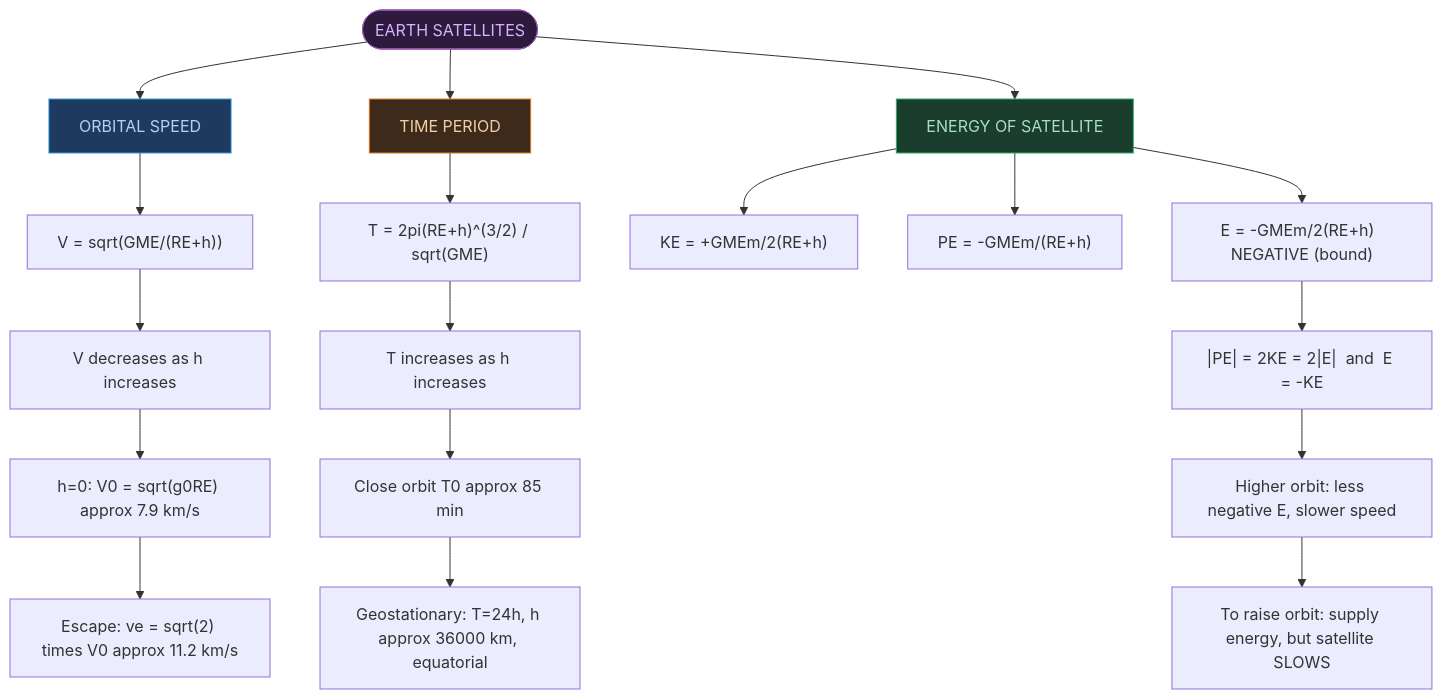
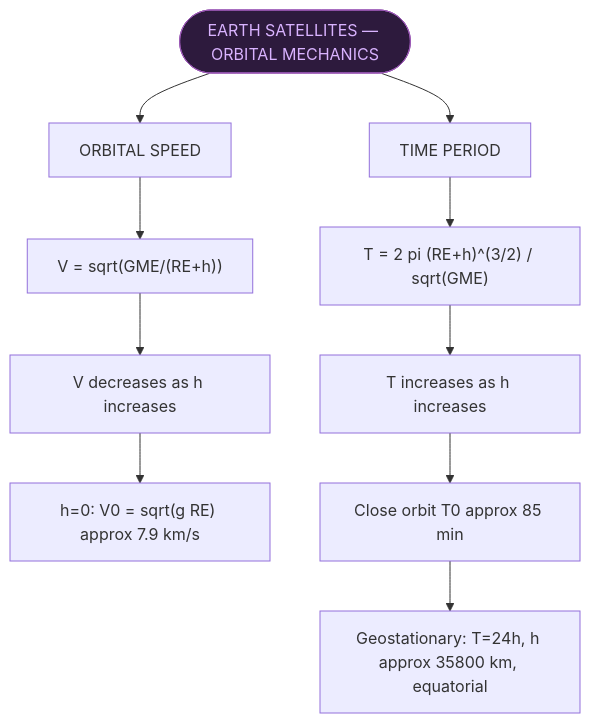
Before and after one commit to fsr-science/NCERT-Science: the ninth of 11 diagrams in AI-NOTES/PHYSICS/PHYSICS07-GRAVITATION/PHYSICS07-GRAVITATION-CNOTES.md, drawn with Mermaid. The commit also changed other lines of this file and 2 other files, not shown here.

````diff
--- a/AI-NOTES/PHYSICS/PHYSICS07-GRAVITATION/PHYSICS07-GRAVITATION-CNOTES.md
+++ b/AI-NOTES/PHYSICS/PHYSICS07-GRAVITATION/PHYSICS07-GRAVITATION-CNOTES.md
@@ -253,29 +396,17 @@
 ```mermaid
 flowchart TD
-    ROOT(["EARTH SATELLITES"])
+    ROOT(["EARTH SATELLITES — ORBITAL MECHANICS"])
     ROOT --> V["ORBITAL SPEED"]
     ROOT --> T["TIME PERIOD"]
-    ROOT --> E["ENERGY OF SATELLITE"]
 
     V --> V1["V = sqrt(GME/(RE+h))"]
     V1 --> V2["V decreases as h increases"]
-    V2 --> V3["h=0: V0 = sqrt(g0RE) approx 7.9 km/s"]
-    V3 --> V4["Escape: ve = sqrt(2) times V0 approx 11.2 km/s"]
+    V2 --> V3["h=0: V0 = sqrt(g RE) approx 7.9 km/s"]
 
-    T --> T1["T = 2pi(RE+h)^(3/2) / sqrt(GME)"]
+    T --> T1["T = 2 pi (RE+h)^(3/2) / sqrt(GME)"]
     T1 --> T2["T increases as h increases"]
     T2 --> T3["Close orbit T0 approx 85 min"]
-    T3 --> T4["Geostationary: T=24h, h approx 36000 km, equatorial"]
-
-    E --> E1["KE = +GMEm/2(RE+h)"]
-    E --> E2["PE = -GMEm/(RE+h)"]
-    E --> E3["E = -GMEm/2(RE+h)  NEGATIVE (bound)"]
-    E3 --> E4["|PE| = 2KE = 2|E|  and  E = -KE"]
-    E4 --> E5["Higher orbit: less negative E, slower speed"]
-    E5 --> E6["To raise orbit: supply energy, but satellite SLOWS"]
+    T3 --> T4["Geostationary: T=24h, h approx 35800 km, equatorial"]
 
     style ROOT fill:#2d1a3d,color:#d9b3ff,stroke:#9b59b6
-    style V fill:#1e3a5f,color:#aed6f1,stroke:#3498db
-    style T fill:#3d2a1a,color:#f0d0a8,stroke:#e67e22
-    style E fill:#1a3d2e,color:#a9dfbf,stroke:#27ae60
 ```
````
